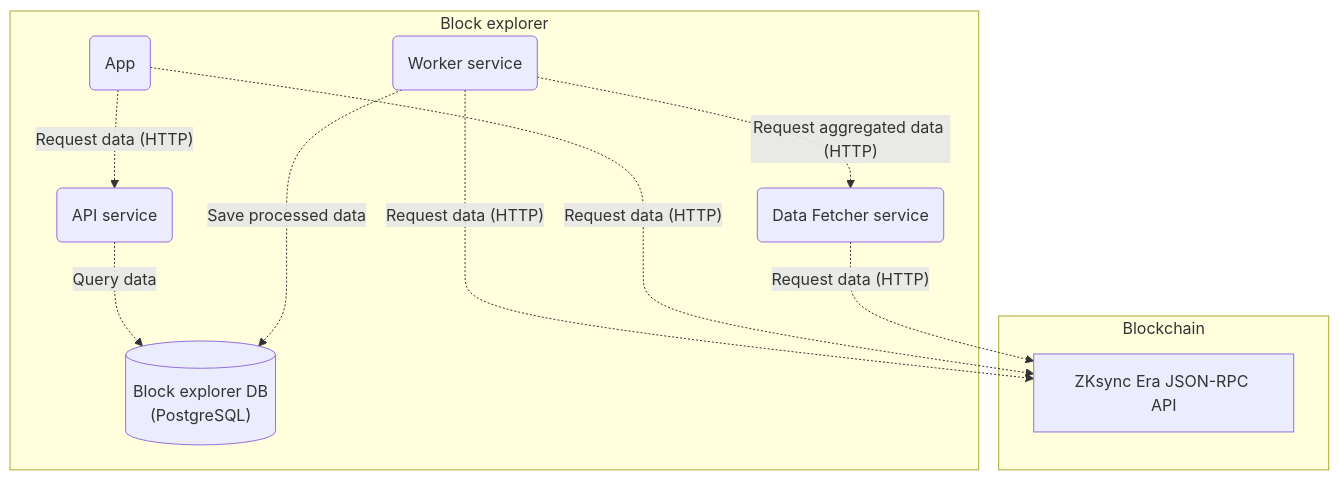
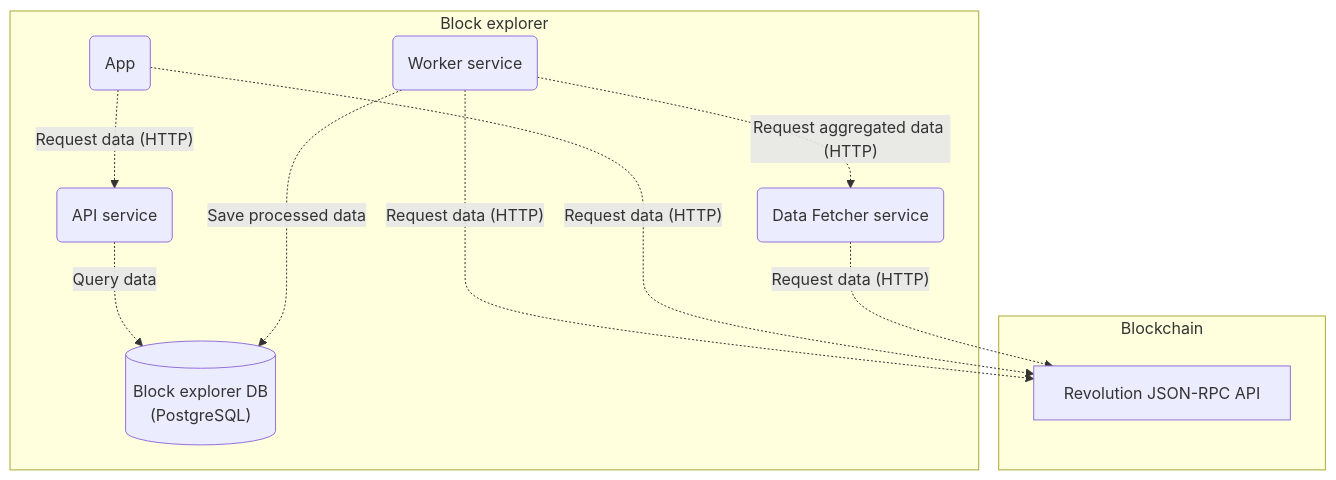
Before and after one commit to matter-labs/block-explorer: the diagram in README.md, drawn with Mermaid. The commit also changed other lines of this file and 25 other files, not shown here.

````diff
--- a/README.md
+++ b/README.md
@@ -15,24 +15,24 @@
 ```mermaid
 flowchart
   subgraph blockchain[Blockchain]
-    Blockchain[ZKsync Era JSON-RPC API]
+    Blockchain[Revolution JSON-RPC API]
   end
 
   subgraph explorer[Block explorer]
     Database[("Block explorer DB<br/>(PostgreSQL)")]
     Worker(Worker service)
     Data-Fetcher(Data Fetcher service)
     API(API service)
     App(App)
     
     Worker-."Request aggregated data (HTTP)".->Data-Fetcher
     Data-Fetcher-."Request data (HTTP)".->Blockchain
     Worker-.Save processed data.->Database
 
     API-.Query data.->Database
     App-."Request data (HTTP)".->API
     App-."Request data (HTTP)".->Blockchain
   end
 
   Worker-."Request data (HTTP)".->Blockchain
 ```
````
